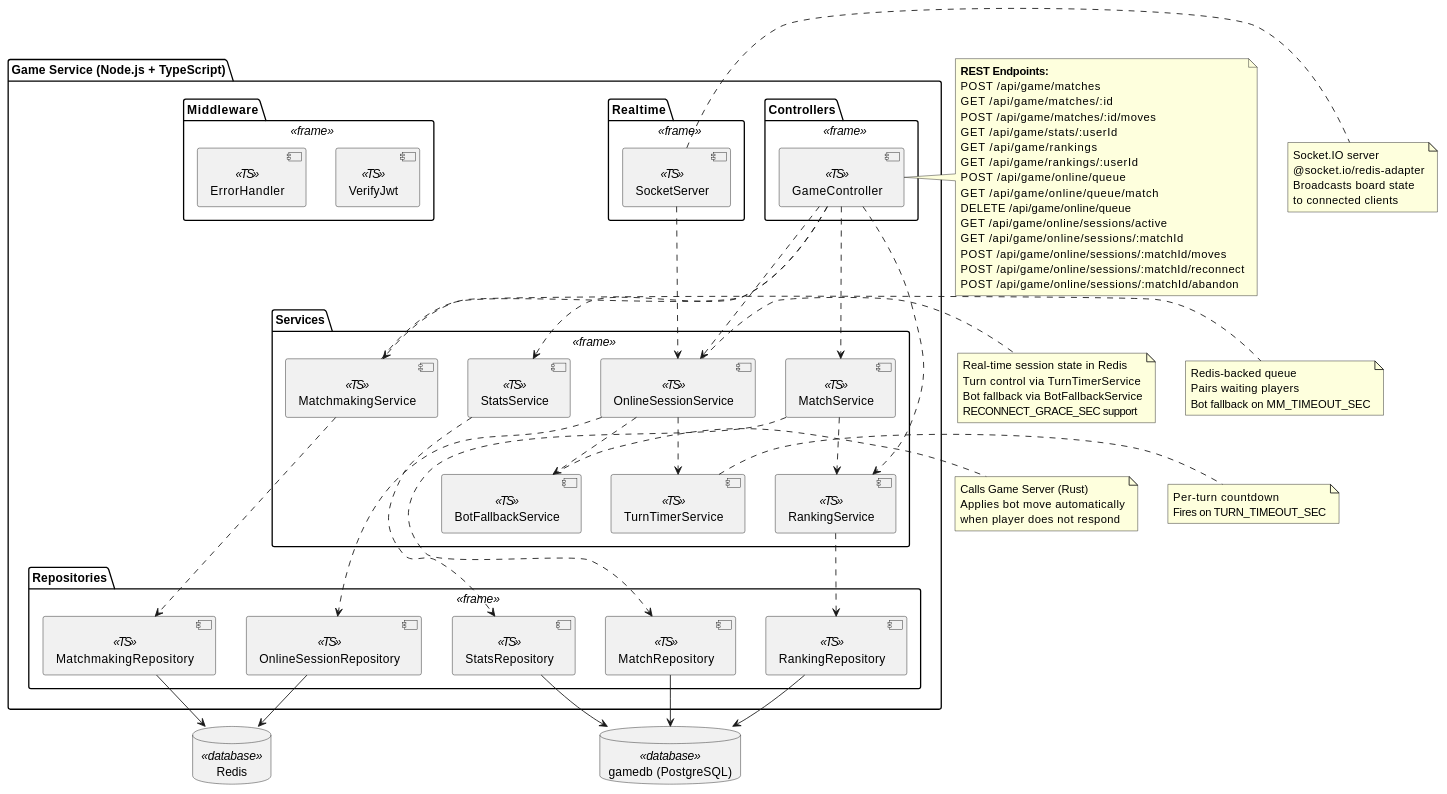
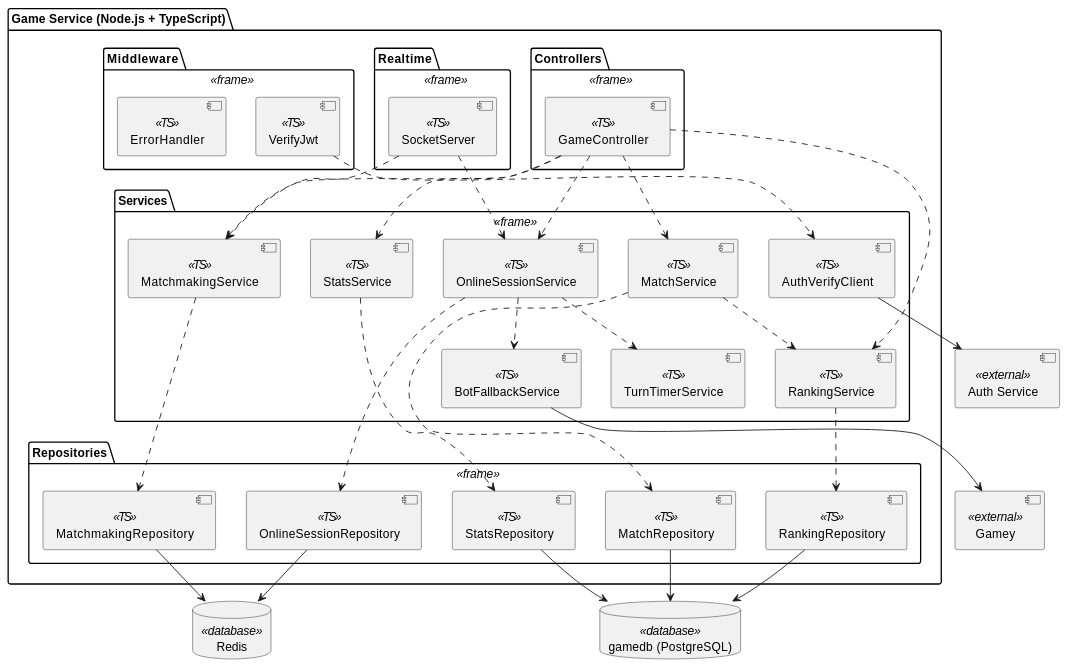
One commit to Arquisoft/yovi_es1c changed the fourth of 5 diagrams in docs/src/05_building_block_view.adoc. Above: the diagram before and after it, drawn with PlantUML. The commit also changed other lines of this file and 10 other files, not shown here.

```diff
--- a/docs/src/05_building_block_view.adoc
+++ b/docs/src/05_building_block_view.adoc
@@ -387,6 +313,7 @@
     component [OnlineSessionService] <<TS>>
     component [TurnTimerService] <<TS>>
     component [BotFallbackService] <<TS>>
+    component [AuthVerifyClient] <<TS>>
   }
 
   package "Repositories" <<frame>> {
@@ -409,6 +336,8 @@
 
 database "gamedb (PostgreSQL)" as gamedb <<database>>
 database "Redis" as redis <<database>>
+component "Auth Service" as auth <<external>>
+component "Gamey" as gamey <<external>>
 
 [GameController] ..> [MatchService]
 [GameController] ..> [StatsService]
@@ -416,8 +345,12 @@
 [GameController] ..> [MatchmakingService]
 [GameController] ..> [OnlineSessionService]
 
+[VerifyJwt] ..> [AuthVerifyClient]
+[AuthVerifyClient] --> auth
+
 [OnlineSessionService] ..> [TurnTimerService]
 [OnlineSessionService] ..> [BotFallbackService]
+[BotFallbackService] --> gamey
 
 [MatchService] ..> [MatchRepository]
 [MatchService] ..> [RankingService]
@@ -432,56 +365,8 @@
 [MatchmakingRepository] --> redis
 [OnlineSessionRepository] --> redis
 
+[SocketServer] ..> [MatchmakingService]
 [SocketServer] ..> [OnlineSessionService]
-
-note right of [GameController]
-  **REST Endpoints:**
-  POST   /api/game/matches
-  GET    /api/game/matches/:id
-  POST   /api/game/matches/:id/moves
-  GET    /api/game/stats/:userId
-  GET    /api/game/rankings
-  GET    /api/game/rankings/:userId
-  POST   /api/game/online/queue
-  GET    /api/game/online/queue/match
-  DELETE /api/game/online/queue
-  GET    /api/game/online/sessions/active
-  GET    /api/game/online/sessions/:matchId
-  POST   /api/game/online/sessions/:matchId/moves
-  POST   /api/game/online/sessions/:matchId/reconnect
-  POST   /api/game/online/sessions/:matchId/abandon
-end note
-
-note right of [MatchmakingService]
-  Redis-backed queue
-  Pairs waiting players
-  Bot fallback on MM_TIMEOUT_SEC
-end note
-
-note right of [OnlineSessionService]
-  Real-time session state in Redis
-  Turn control via TurnTimerService
-  Bot fallback via BotFallbackService
-  RECONNECT_GRACE_SEC support
-end note
-
-note right of [SocketServer]
-  Socket.IO server
-  @socket.io/redis-adapter
-  Broadcasts board state
-  to connected clients
-end note
-
-note right of [TurnTimerService]
-  Per-turn countdown
-  Fires on TURN_TIMEOUT_SEC
-end note
-
-note right of [BotFallbackService]
-  Calls Game Server (Rust)
-  Applies bot move automatically
-  when player does not respond
-end note
 
 @enduml
 ----
```
